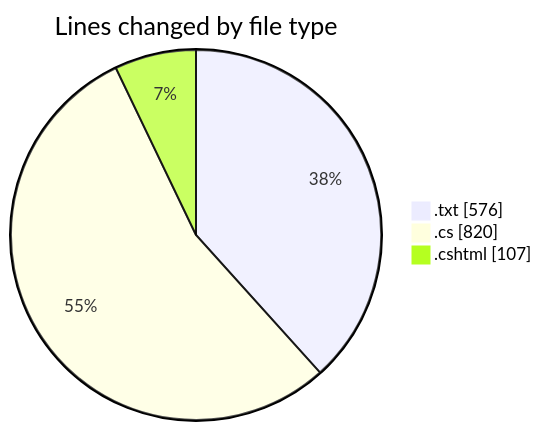
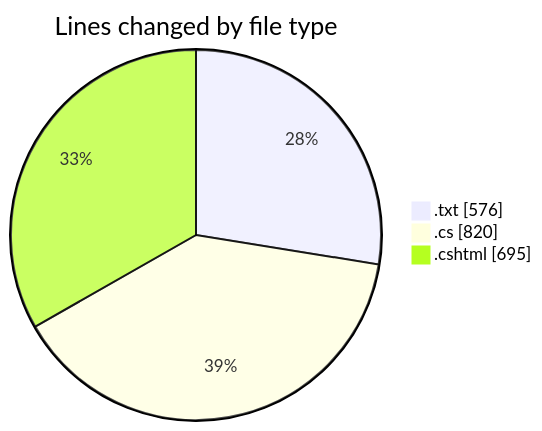
One commit to lephambinh05/code-tracking changed the first of 2 diagrams in 2025-07-26/quanlyrapchieuphim-1/README.md. Above: the diagram before and after it, drawn with Mermaid. The commit also changed other lines of this file and 1 other file, not shown here.

````diff
--- a/2025-07-26/quanlyrapchieuphim-1/README.md
+++ b/2025-07-26/quanlyrapchieuphim-1/README.md
@@ -26,7 +26,7 @@
 ```mermaid
 pie showData
 title Lines changed by file type
 ".txt" : 576
 ".cs" : 820
-".cshtml" : 107
+".cshtml" : 695
 ```
````
